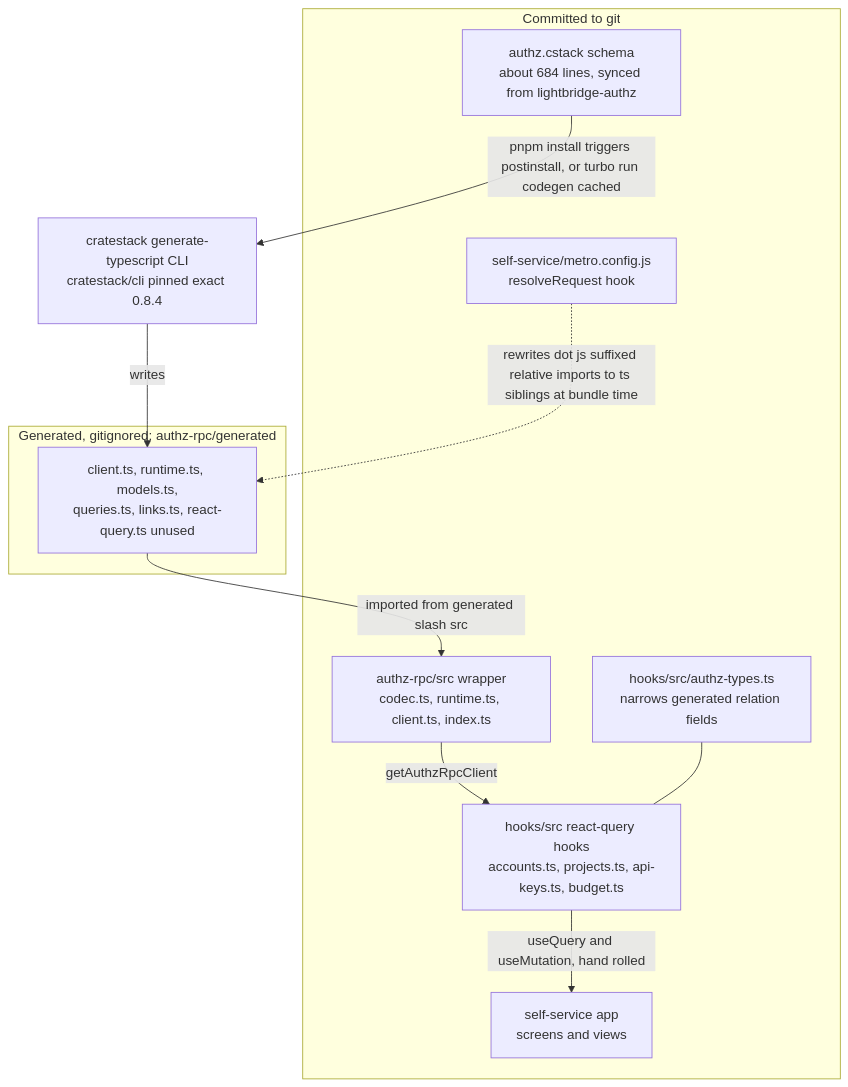
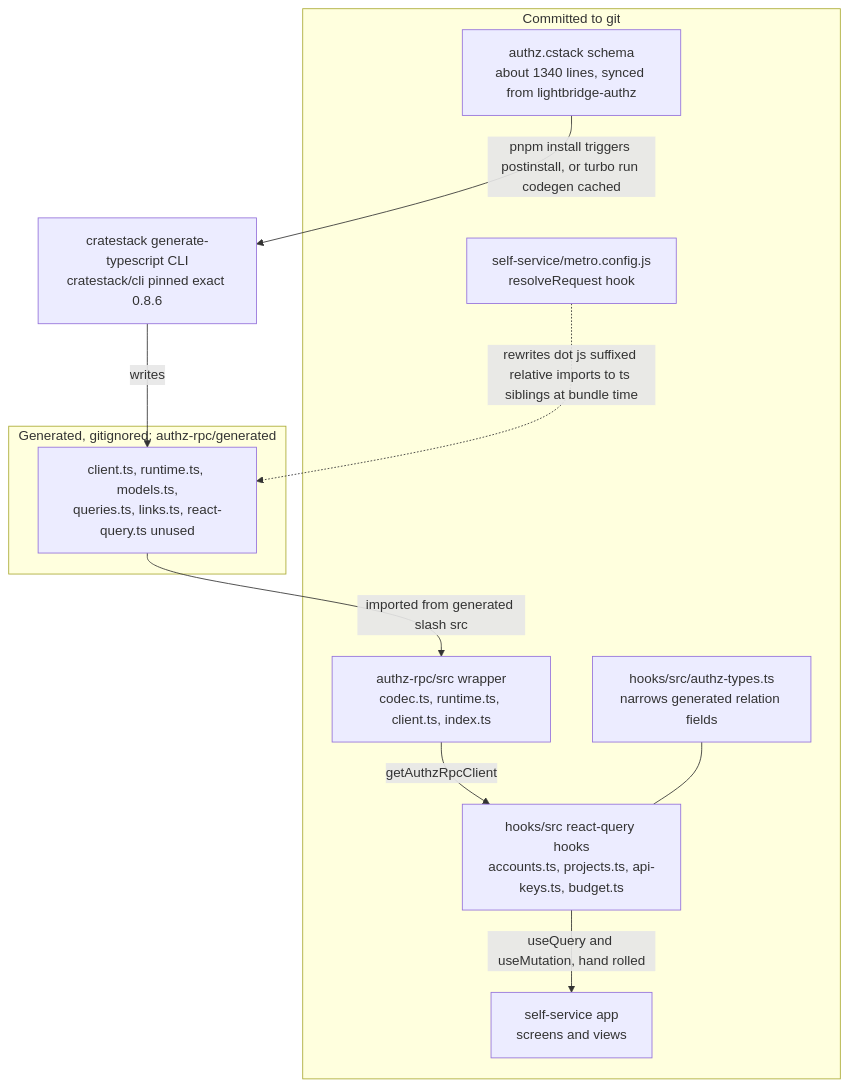
Before and after one commit to ADORSYS-GIS/converse-frontends: the first of 2 diagrams in docs/knowledge/rpc-and-codegen.md, drawn with Mermaid. The commit also changed other lines of this file and 13 other files, not shown here.

````diff
--- a/docs/knowledge/rpc-and-codegen.md
+++ b/docs/knowledge/rpc-and-codegen.md
@@ -26,23 +26,23 @@
 ```mermaid
 flowchart TD
     subgraph committed["Committed to git"]
-        schema["authz.cstack schema<br/>about 684 lines, synced from lightbridge-authz"]
+        schema["authz.cstack schema<br/>about 1340 lines, synced from lightbridge-authz"]
         wrapper["authz-rpc/src wrapper<br/>codec.ts, runtime.ts, client.ts, index.ts"]
         hooktypes["hooks/src/authz-types.ts<br/>narrows generated relation fields"]
         hooks["hooks/src react-query hooks<br/>accounts.ts, projects.ts, api-keys.ts, budget.ts"]
         ui["self-service app<br/>screens and views"]
         metro["self-service/metro.config.js<br/>resolveRequest hook"]
     end
     subgraph gen["Generated, gitignored: authz-rpc/generated"]
         genfiles["client.ts, runtime.ts, models.ts,<br/>queries.ts, links.ts, react-query.ts unused"]
     end
-    cli["cratestack generate-typescript CLI<br/>cratestack/cli pinned exact 0.8.4"]
+    cli["cratestack generate-typescript CLI<br/>cratestack/cli pinned exact 0.8.6"]
 
     schema -->|pnpm install triggers postinstall, or turbo run codegen cached| cli
     cli -->|writes| genfiles
     genfiles -->|imported from generated slash src| wrapper
     wrapper -->|getAuthzRpcClient| hooks
     hooktypes --- hooks
     hooks -->|useQuery and useMutation, hand rolled| ui
     metro -.->|rewrites dot js suffixed relative imports to ts siblings at bundle time| genfiles
 ```
````
